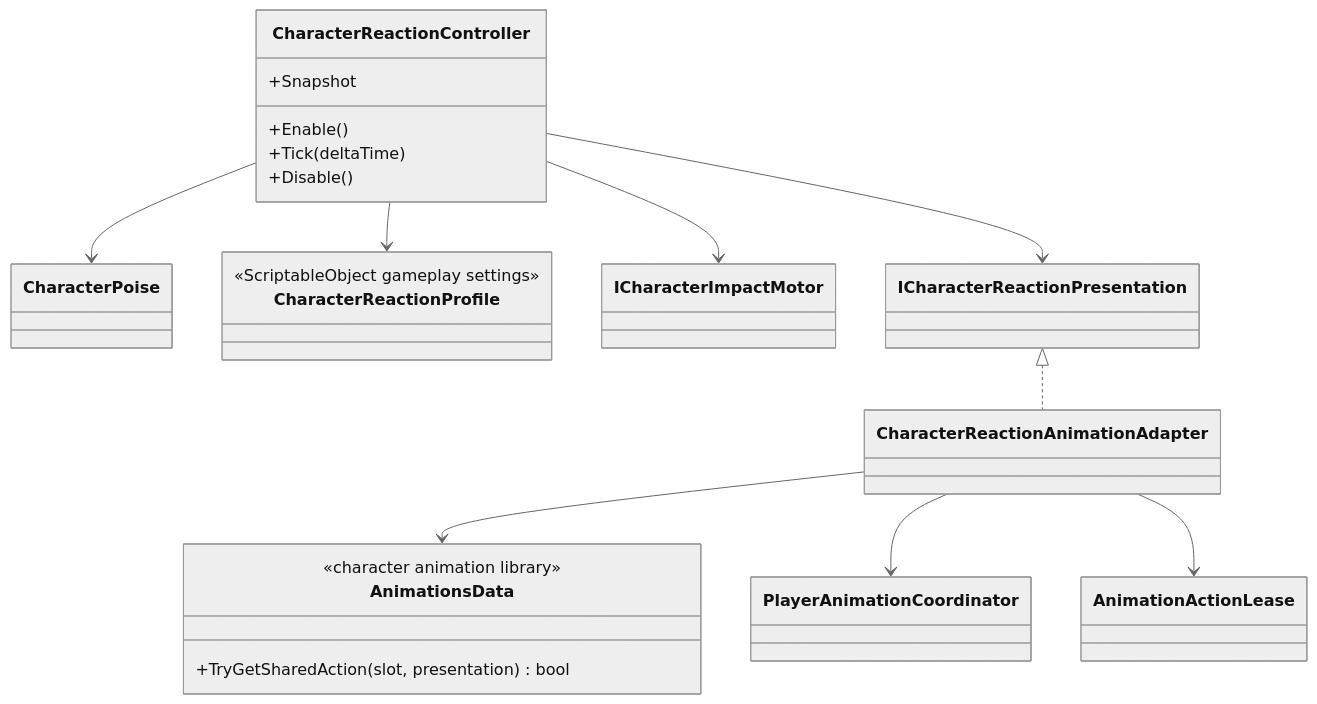
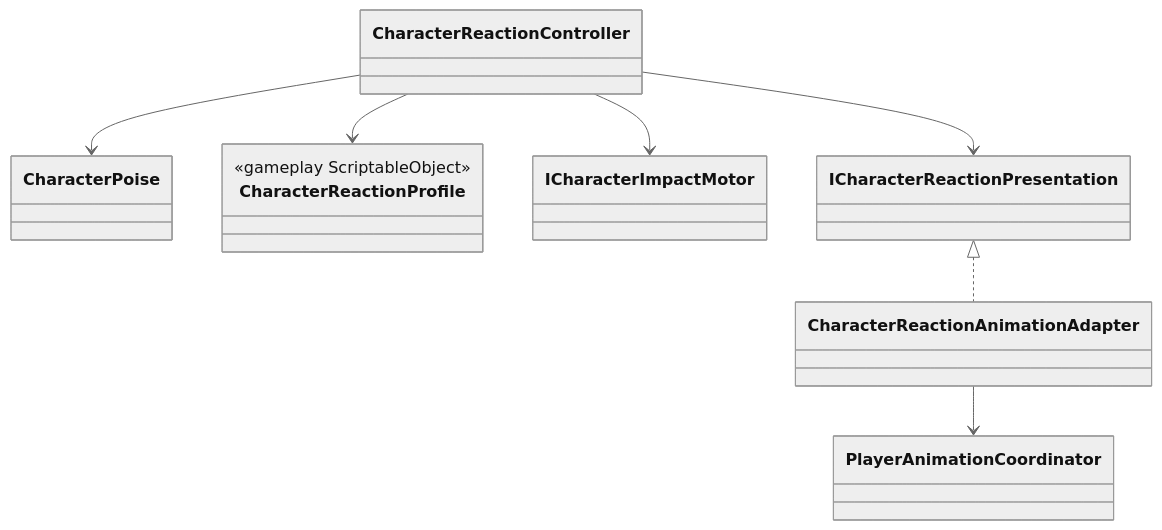
One commit to MaximFonariuc/project-s changed the diagram in Assets/_App/Core/Runtime/Combat/Reactions/README.md. Above: the diagram before and after it, drawn with Mermaid (neutral theme). The commit also changed other lines of this file and 190 other files, not shown here.

````diff
--- a/Assets/_App/Core/Runtime/Combat/Reactions/README.md
+++ b/Assets/_App/Core/Runtime/Combat/Reactions/README.md
@@ -9,31 +5,19 @@
 ```mermaid
 classDiagram
-    class CharacterReactionController {
-        +Enable()
-        +Tick(deltaTime)
-        +Disable()
-        +Snapshot
-    }
+    class CharacterReactionController
     class CharacterPoise
     class CharacterReactionProfile {
-        <<ScriptableObject gameplay settings>>
+        <<gameplay ScriptableObject>>
     }
     class ICharacterImpactMotor
     class ICharacterReactionPresentation
     class CharacterReactionAnimationAdapter
-    class AnimationsData {
-        <<character animation library>>
-        +TryGetSharedAction(slot, presentation) bool
-    }
     class PlayerAnimationCoordinator
-    class AnimationActionLease
 
     CharacterReactionController --> CharacterPoise
     CharacterReactionController --> CharacterReactionProfile
     CharacterReactionController --> ICharacterImpactMotor
     CharacterReactionController --> ICharacterReactionPresentation
     ICharacterReactionPresentation <|.. CharacterReactionAnimationAdapter
-    CharacterReactionAnimationAdapter --> AnimationsData
     CharacterReactionAnimationAdapter --> PlayerAnimationCoordinator
-    CharacterReactionAnimationAdapter --> AnimationActionLease
 ```
````
